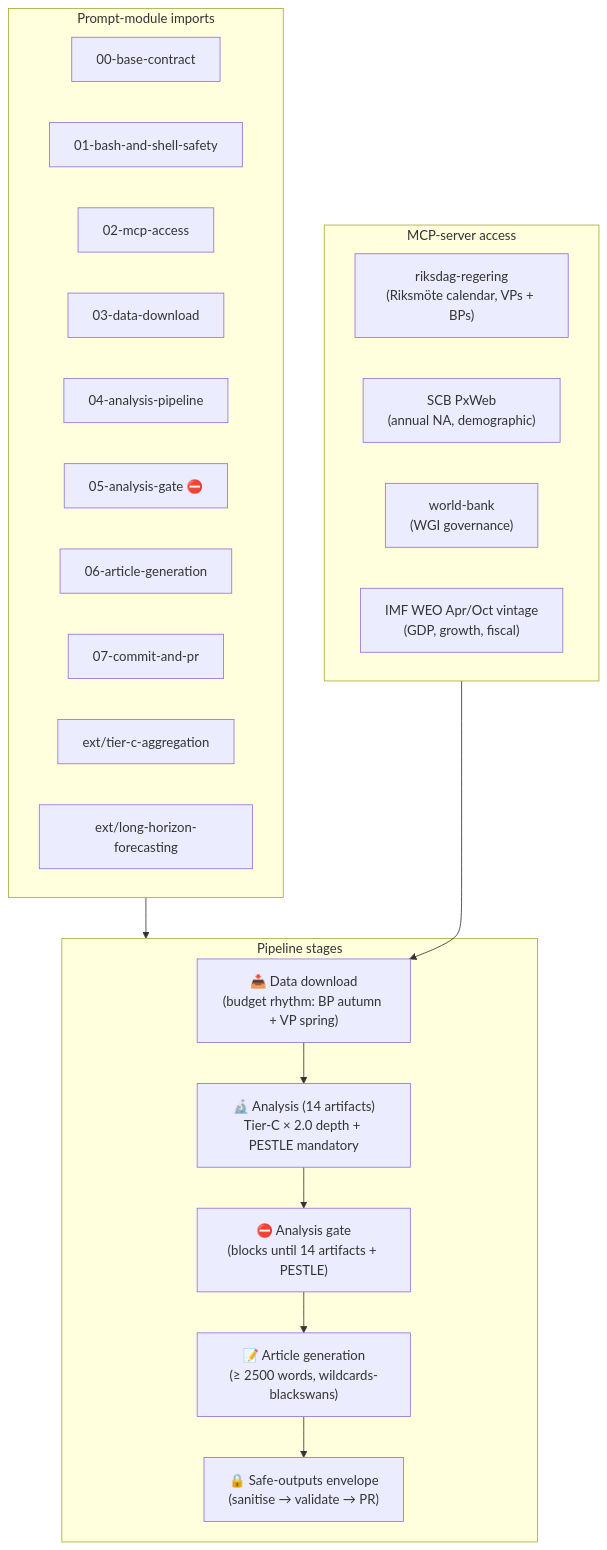
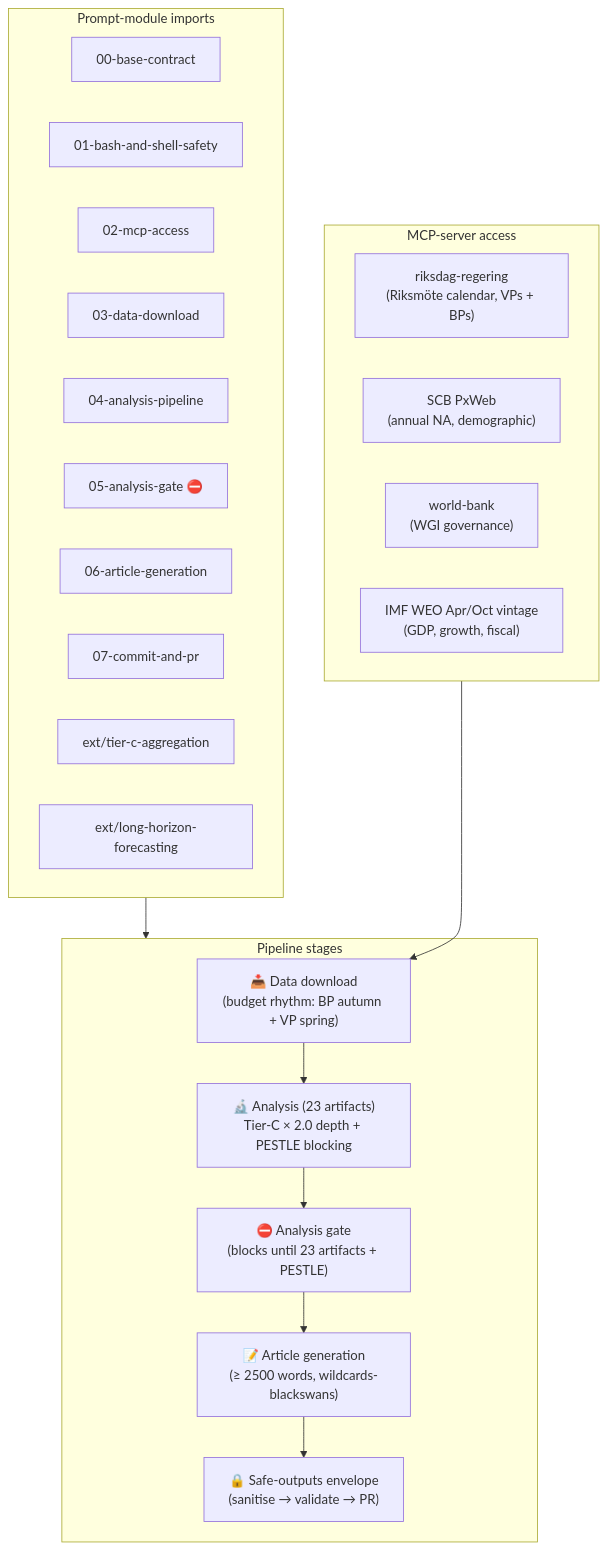
One commit to Hack23/riksdagsmonitor changed diagram 15 of 20 in WORKFLOWS.md. Above: the diagram before and after it, drawn with Mermaid. The commit also changed other lines of this file, not shown here.

````diff
--- a/WORKFLOWS.md
+++ b/WORKFLOWS.md
@@ -1124,34 +1127,34 @@
 ```mermaid
 flowchart TD
     subgraph Imports["Prompt-module imports"]
         P00["00-base-contract"]
         P01["01-bash-and-shell-safety"]
         P02["02-mcp-access"]
         P03["03-data-download"]
         P04["04-analysis-pipeline"]
         P05["05-analysis-gate ⛔"]
         P06["06-article-generation"]
         P07["07-commit-and-pr"]
         EXT1["ext/tier-c-aggregation"]
         EXT2["ext/long-horizon-forecasting"]
     end
 
     subgraph MCP["MCP-server access"]
         RR["riksdag-regering<br/>(Riksmöte calendar, VPs + BPs)"]
         SCB["SCB PxWeb<br/>(annual NA, demographic)"]
         WB["world-bank<br/>(WGI governance)"]
         IMF["IMF WEO Apr/Oct vintage<br/>(GDP, growth, fiscal)"]
     end
 
     subgraph Pipeline["Pipeline stages"]
         A1["📥 Data download<br/>(budget rhythm: BP autumn + VP spring)"]
-        A2["🔬 Analysis (14 artifacts)<br/>Tier-C × 2.0 depth + PESTLE mandatory"]
-        A3["⛔ Analysis gate<br/>(blocks until 14 artifacts + PESTLE)"]
+        A2["🔬 Analysis (23 artifacts)<br/>Tier-C × 2.0 depth + PESTLE blocking"]
+        A3["⛔ Analysis gate<br/>(blocks until 23 artifacts + PESTLE)"]
         A4["📝 Article generation<br/>(≥ 2500 words, wildcards-blackswans)"]
         A5["🔒 Safe-outputs envelope<br/>(sanitise → validate → PR)"]
     end
 
     Imports --> Pipeline
     MCP --> A1
     A1 --> A2 --> A3 --> A4 --> A5
 ```
````
